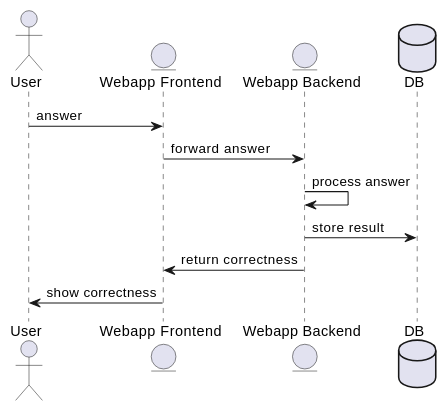
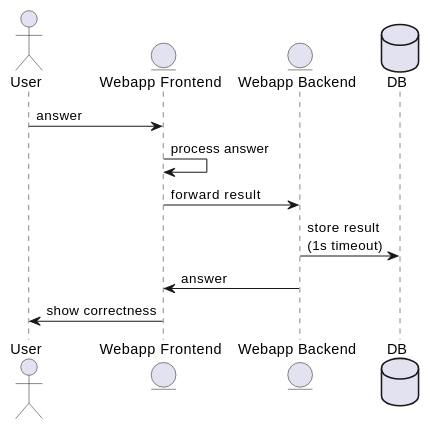
One commit to Arquisoft/wiq_en1b changed the second of 8 diagrams in docs/src/06_runtime_view.adoc. Above: the diagram before and after it, drawn with PlantUML. The commit also changed other lines of this file, not shown here.

Commit message:
Added time limit and changed Answer Question diagram

```diff
--- a/docs/src/06_runtime_view.adoc
+++ b/docs/src/06_runtime_view.adoc
@@ -59,13 +59,13 @@
 [plantuml,"Answer questions",png]
 ----
 actor User
 entity Frontend as "Webapp Frontend"
 entity Backend as "Webapp Backend"
 database DB
 User -> Frontend: answer
-Frontend -> Backend: forward answer
-Backend -> Backend: process answer
-Backend -> DB: store result
-Backend -> Frontend: return correctness
+Frontend -> Frontend: process answer
+Frontend -> Backend: forward result
+Backend -> DB: store result\n(1s timeout)
+Backend -> Frontend: answer
 Frontend -> User: show correctness
 ----
```
